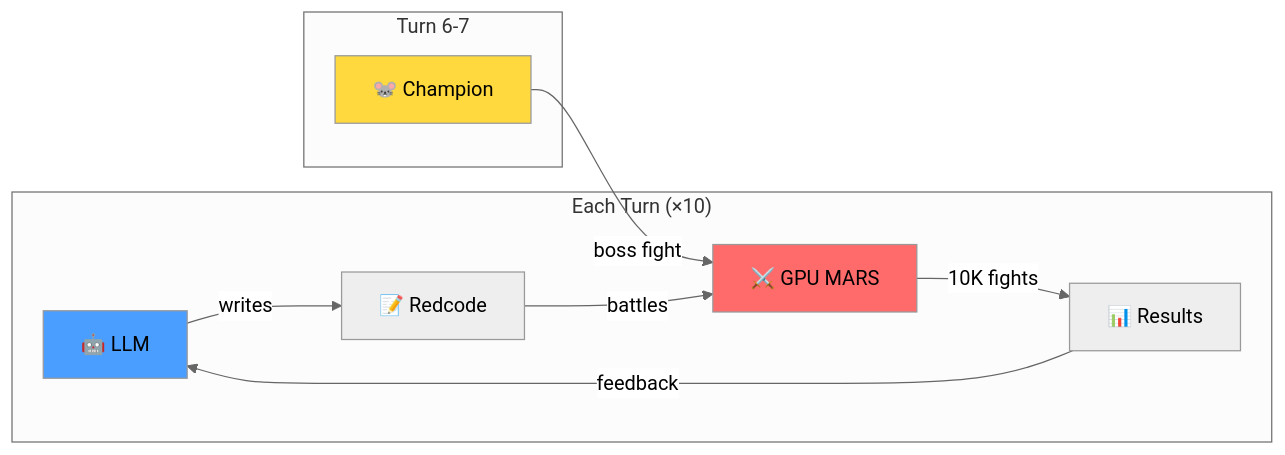
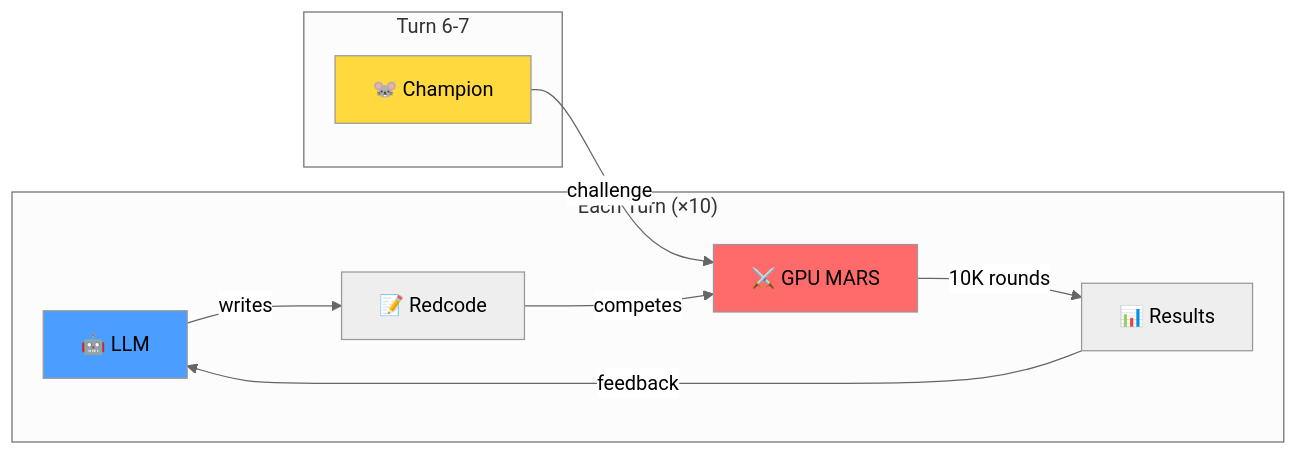
Before and after one commit to jw409/modelforecast: the first of 2 diagrams in README.md, drawn with Mermaid (neutral theme). The commit also changed other lines of this file, not shown here.

````diff
--- a/README.md
+++ b/README.md
@@ -9,18 +11,18 @@
 ```mermaid
 flowchart LR
     subgraph Turn["Each Turn (×10)"]
         A[🤖 LLM] -->|writes| B[📝 Redcode]
-        B -->|battles| C[⚔️ GPU MARS]
-        C -->|10K fights| D[📊 Results]
+        B -->|competes| C[⚔️ GPU MARS]
+        C -->|10K rounds| D[📊 Results]
         D -->|feedback| A
     end
 
     subgraph Surprise["Turn 6-7"]
         E[🐭 Champion]
-        E -->|boss fight| C
+        E -->|challenge| C
     end
 
     style A fill:#4a9eff
     style C fill:#ff6b6b
     style E fill:#ffd93d
 ```
````
